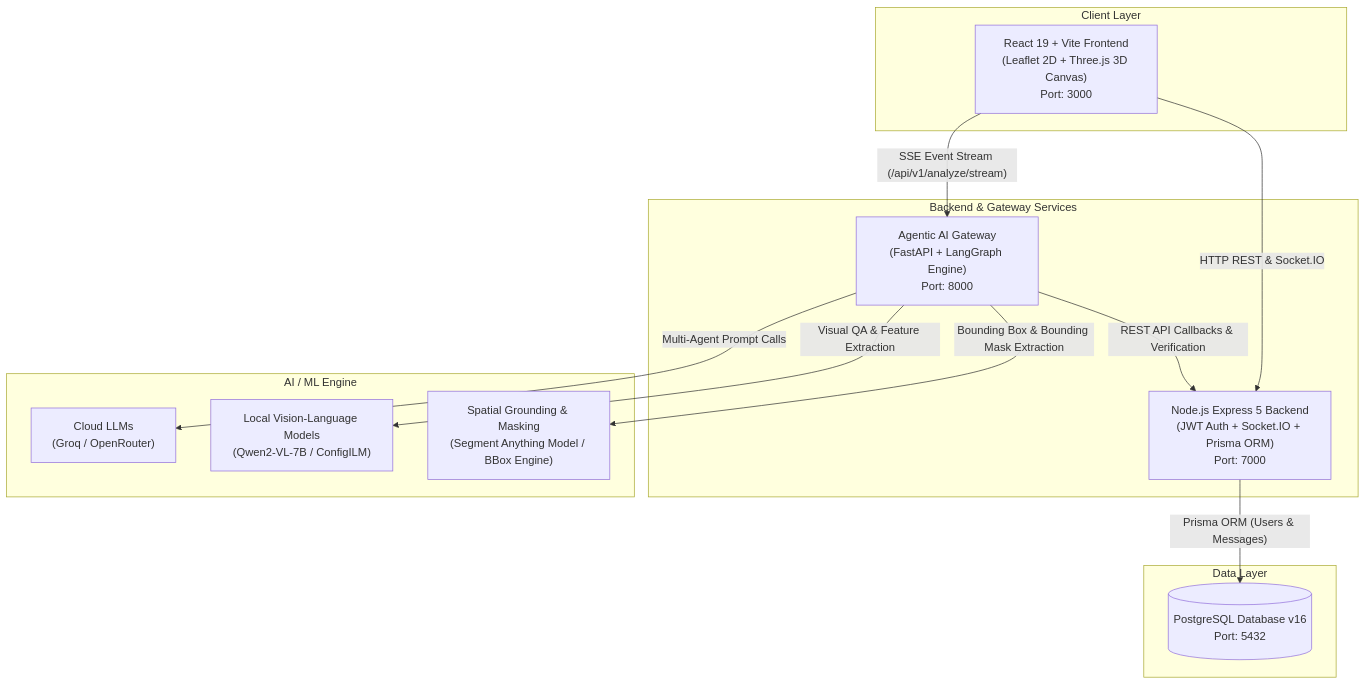
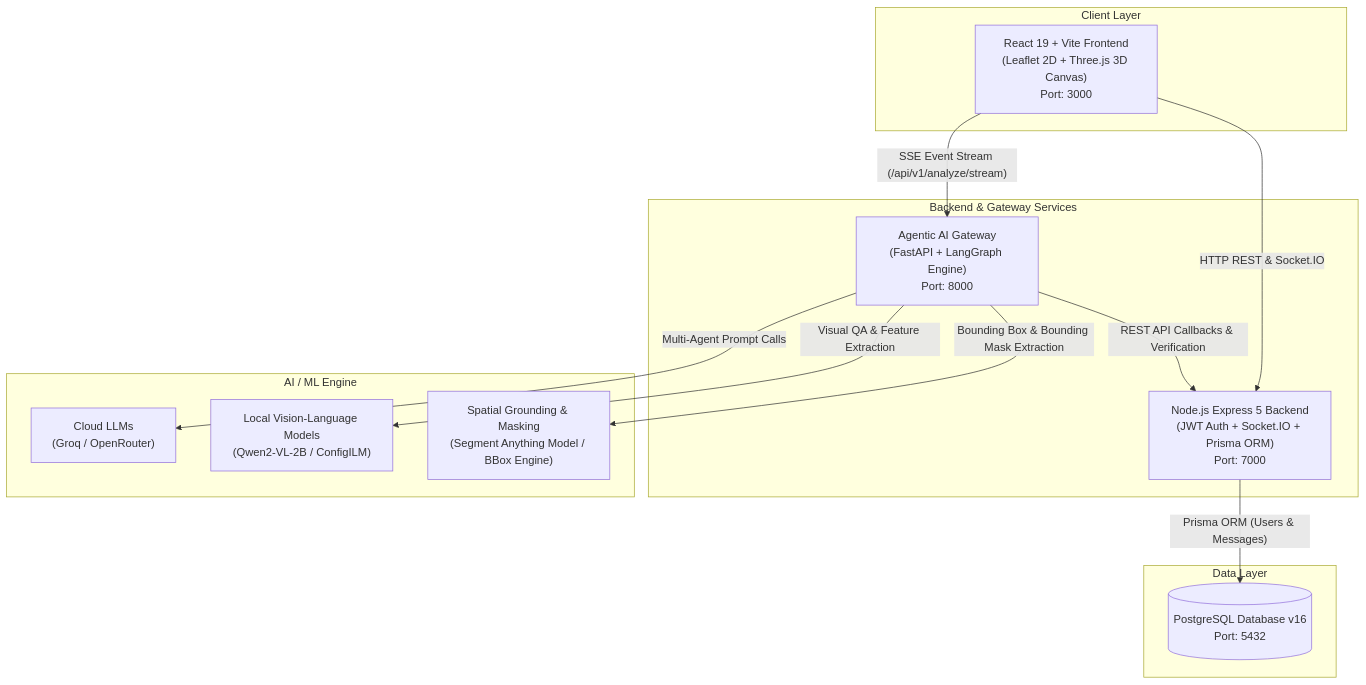
Before and after one commit to Manny2706/ANTARIX2.O: the first of 5 diagrams in Readme.md, drawn with Mermaid.

Commit message:
Update VLM model version in Readme

````diff
--- a/Readme.md
+++ b/Readme.md
@@ -49,29 +49,29 @@
 ```mermaid
 graph TD
     subgraph Client ["Client Layer"]
         UI["React 19 + Vite Frontend\n(Leaflet 2D + Three.js 3D Canvas)\nPort: 3000"]
     end
 
     subgraph API Gateway ["Backend & Gateway Services"]
         BE["Node.js Express 5 Backend\n(JWT Auth + Socket.IO + Prisma ORM)\nPort: 7000"]
         GW["Agentic AI Gateway\n(FastAPI + LangGraph Engine)\nPort: 8000"]
     end
 
     subgraph Storage ["Data Layer"]
         DB[("PostgreSQL Database v16\nPort: 5432")]
     end
 
     subgraph Intelligence ["AI / ML Engine"]
         LLM["Cloud LLMs\n(Groq / OpenRouter)"]
-        VLM["Local Vision-Language Models\n(Qwen2-VL-7B / ConfigILM)"]
+        VLM["Local Vision-Language Models\n(Qwen2-VL-2B / ConfigILM)"]
         Grounding["Spatial Grounding & Masking\n(Segment Anything Model / BBox Engine)"]
     end
 
     UI -->|"HTTP REST & Socket.IO"| BE
     UI -->|"SSE Event Stream (/api/v1/analyze/stream)"| GW
     BE -->|"Prisma ORM (Users & Messages)"| DB
     GW -->|"REST API Callbacks & Verification"| BE
     GW -->|"Multi-Agent Prompt Calls"| LLM
     GW -->|"Visual QA & Feature Extraction"| VLM
     GW -->|"Bounding Box & Bounding Mask Extraction"| Grounding
 ```
````
